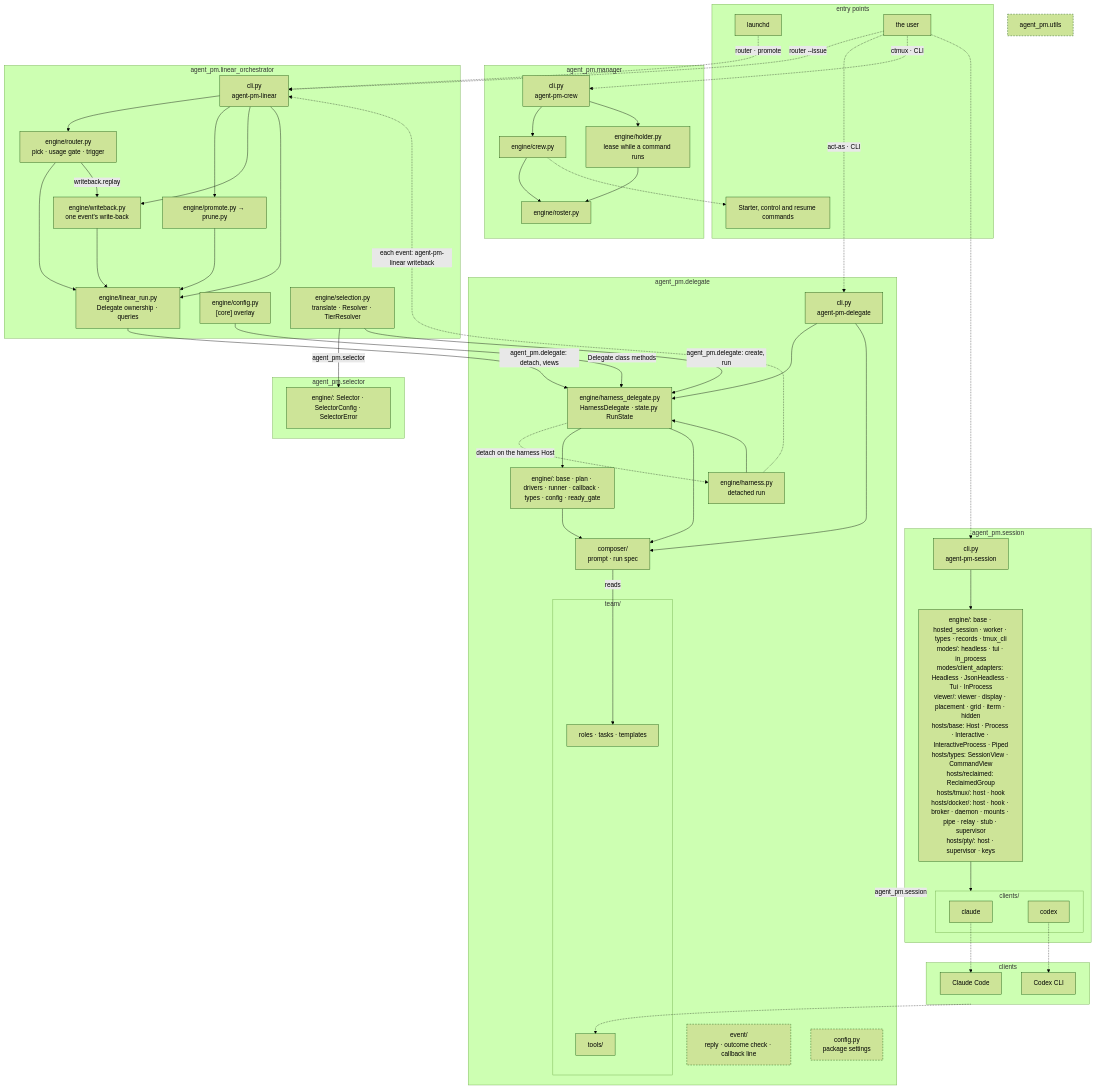
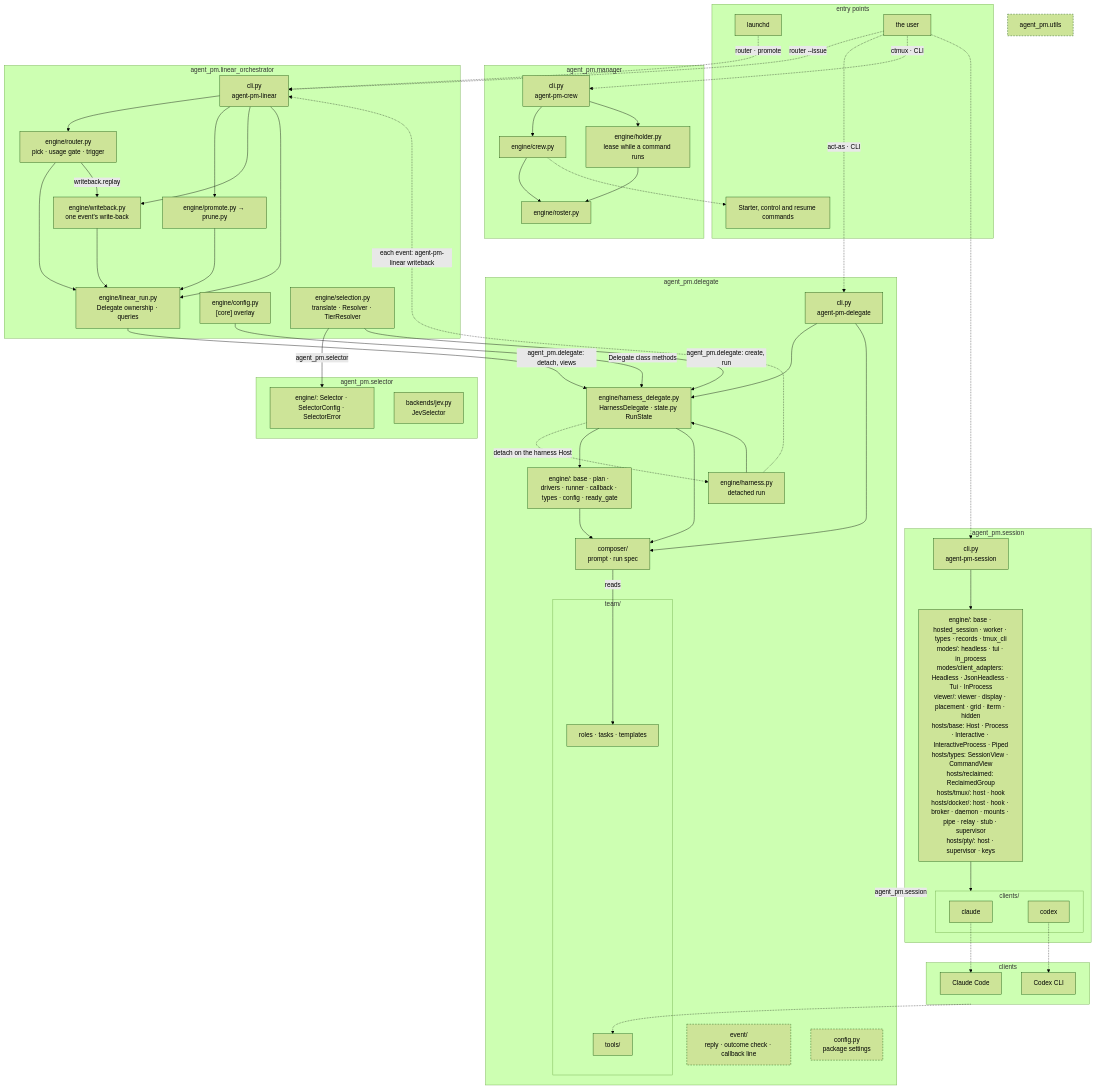
Before and after one commit to ophis/agent-pm: the first of 2 diagrams in docs/architecture.md, drawn with Mermaid (forest theme). The commit also changed other lines of this file and 13 other files, not shown here.

First line of the commit message:
TASK-744: Selector 实现：Jev (#497)

````diff
--- a/docs/architecture.md
+++ b/docs/architecture.md
@@ -5,78 +5,79 @@
 ```mermaid
 flowchart TB
   subgraph EN[entry points]
     LD[launchd]
     HU[the user]
     CC[Starter, control and resume commands]
   end
   subgraph MG[agent_pm.manager]
     MC["cli.py<br>agent-pm-crew"] --> W["engine/crew.py"] --> RS["engine/roster.py"]
     MC --> HO["engine/holder.py<br>lease while a command runs"] --> RS
   end
   subgraph LO[agent_pm.linear_orchestrator]
     LCLI["cli.py<br>agent-pm-linear"]
     R["engine/router.py<br>pick · usage gate · trigger"]
     LR["engine/linear_run.py<br>Delegate ownership · queries"]
     WB["engine/writeback.py<br>one event's write-back"]
     PP["engine/promote.py → prune.py"]
     LC["engine/config.py<br>[core] overlay"]
     SL["engine/selection.py<br>translate · Resolver · TierResolver"]
   end
   subgraph SR[agent_pm.selector]
     SS["engine/: Selector · SelectorConfig · SelectorError"]
+    SJ["backends/jev.py<br>JevSelector"]
   end
   subgraph DL[agent_pm.delegate]
     D["cli.py<br>agent-pm-delegate"]
     HD["engine/harness_delegate.py<br>HarnessDelegate · state.py RunState"]
     H["engine/harness.py<br>detached run"]
     E["engine/: base · plan · drivers · runner · callback · types · config · ready_gate"]
     C["composer/<br>prompt · run spec"]
     EV["event/<br>reply · outcome check · callback line"]
     CF["config.py<br>package settings"]
     subgraph TM[team/]
       T["roles · tasks · templates"]
       AT[tools/]
     end
   end
   subgraph SE[agent_pm.session]
     SC["cli.py<br>agent-pm-session"]
     DR["engine/: base · hosted_session · worker · types · records · tmux_cli<br>modes/: headless · tui · in_process<br>modes/client_adapters: Headless · JsonHeadless · Tui · InProcess<br>viewer/: viewer · display · placement · grid · iterm · hidden<br>hosts/base: Host · Process · Interactive · InteractiveProcess · Piped<br>hosts/types: SessionView · CommandView<br>hosts/reclaimed: ReclaimedGroup<br>hosts/tmux/: host · hook<br>hosts/docker/: host · hook · broker · daemon · mounts · pipe · relay · stub · supervisor<br>hosts/pty/: host · supervisor · keys"]
     subgraph AD[clients/]
       CL[claude]
       CX[codex]
     end
   end
   U[agent_pm.utils]
   subgraph RT[clients]
     P1[Claude Code]
     P2[Codex CLI]
   end
   LD -.->|"router · promote"| LCLI
   HU -.->|"router --issue"| LCLI
   HU -.->|"act-as · CLI"| D
   HU -.->|"ctmux · CLI"| MC
   HU -.-> SC
   SC --> DR
   LCLI --> R & PP & WB & LR
   R & PP & WB --> LR
   R -->|"writeback.replay"| WB
   LR -->|"agent_pm.delegate: detach, views"| HD
   H -.->|"each event: agent-pm-linear writeback"| LCLI
   LC -->|"Delegate class methods"| HD
   SL -->|"agent_pm.selector"| SS
   SL -->|"agent_pm.delegate: create, run"| HD
   W -.-> CC
   D & H --> HD
   D --> C
   HD -.->|"detach on the harness Host"| H
   HD --> E & C
   E --> C
   DL -->|agent_pm.session| SE
   C -->|reads| T
   DR --> AD
   CL -.-> P1
   CX -.-> P2
   RT -.-> AT
   classDef shared stroke-dasharray: 4 3
   class EV,U,CF shared
 ```
````
